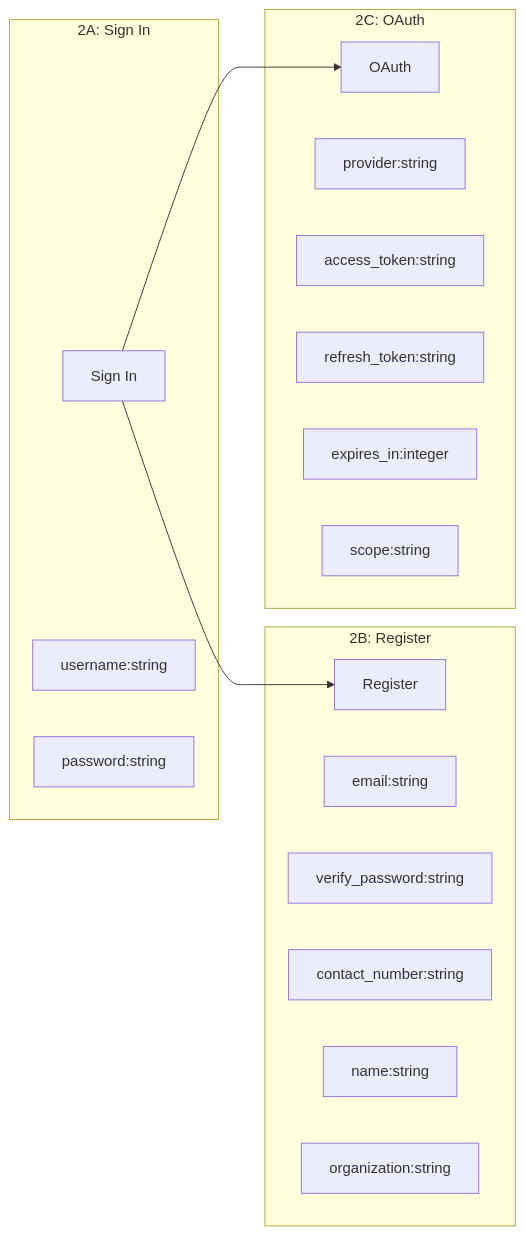
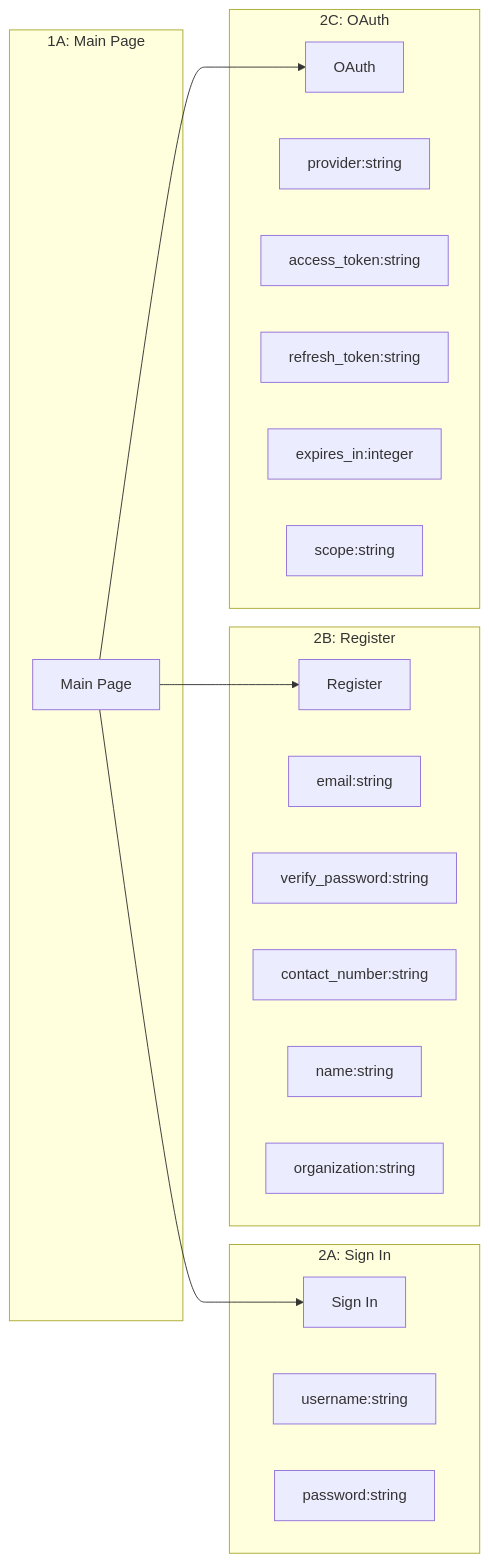
Before and after one commit to siddh-kivtechs/kivtechs_schema: the second of 2 diagrams in readme.md, drawn with Mermaid. The commit also changed other lines of this file, not shown here.

````diff
--- a/readme.md
+++ b/readme.md
@@ -20,35 +26,39 @@
 ```mermaid
 graph LR
+ subgraph 1A: Main Page
+        1A["Main Page"]
+    end
     subgraph 2A: Sign In
         2A["Sign In"]
         username:string
         password:string
     end
     subgraph 2B: Register
         2B["Register"]
         username:string
         email:string
         password:string
         verify_password:string
         contact_number:string
         name:string
         organization:string
     end
     subgraph 2C: OAuth
         2C["OAuth"]
         provider:string
         access_token:string
         refresh_token:string
         expires_in:integer
         scope:string
     end
 
-    2A --> 2B
-    2A --> 2C
+       1A --> 2A
+    1A --> 2B
+    1A --> 2C
 
 
 
 
   
 
 ```
````
